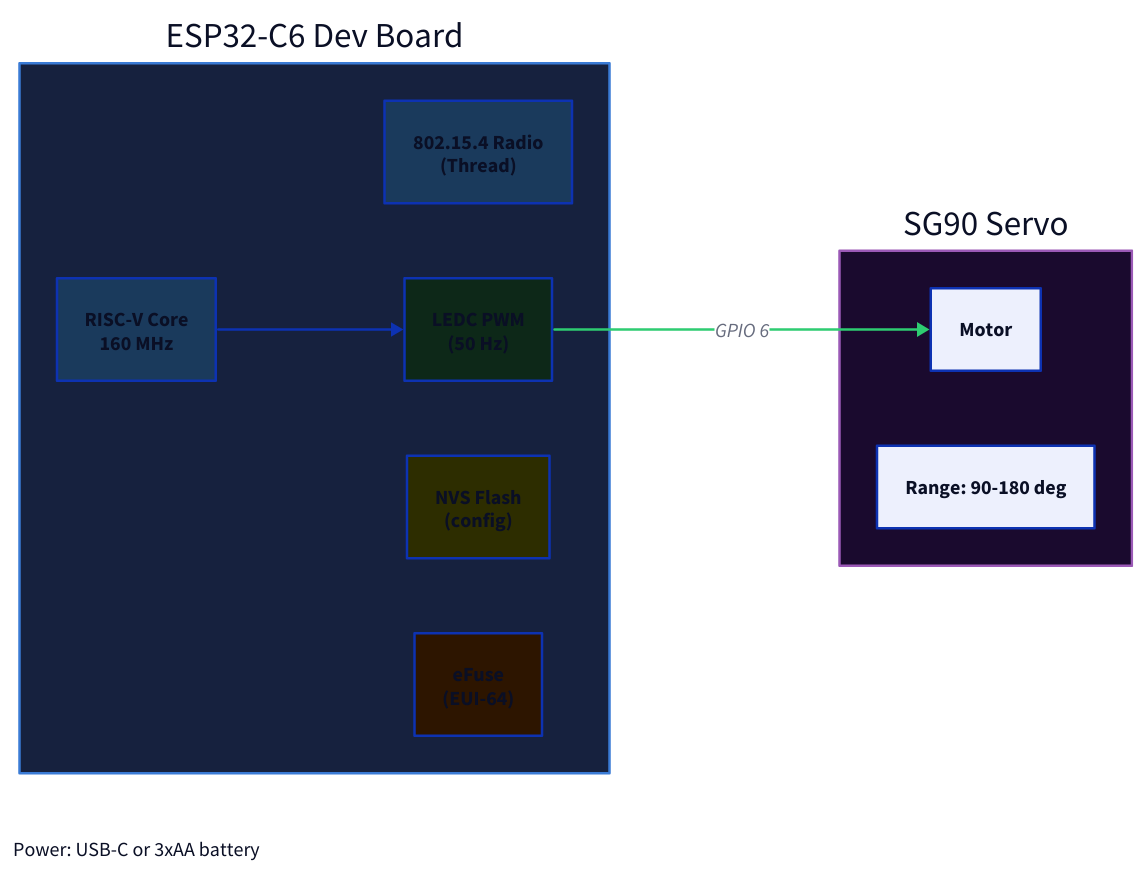
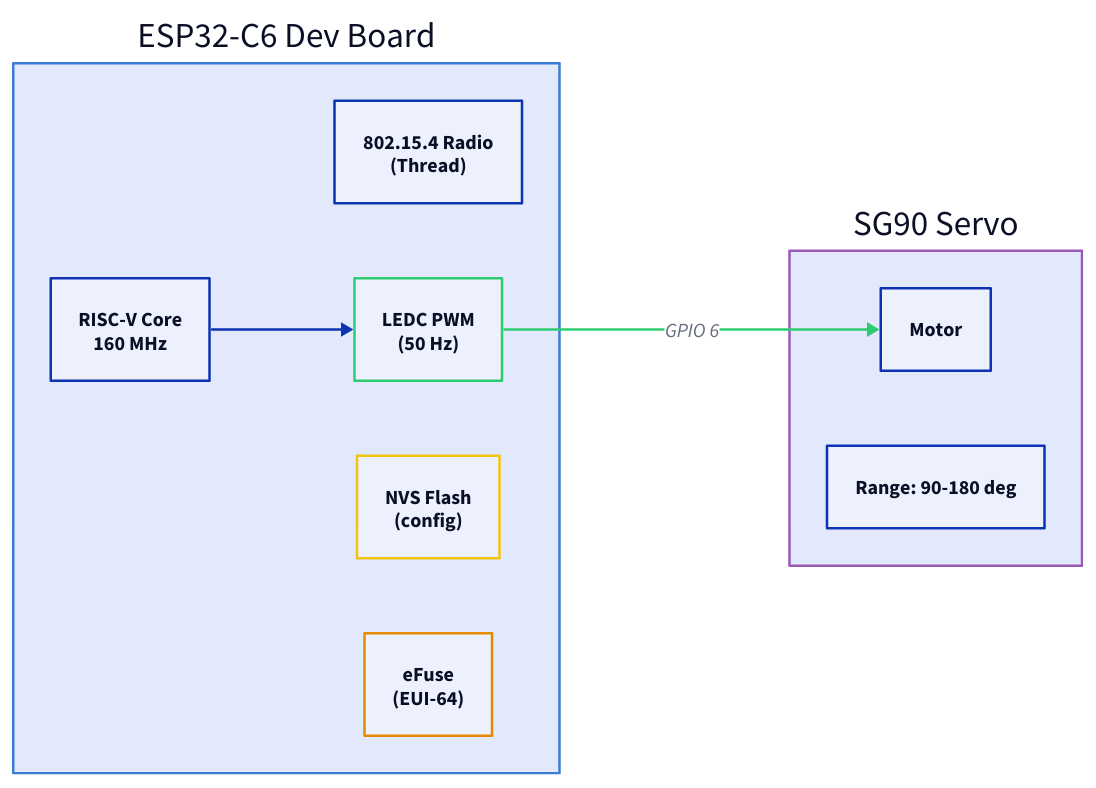
Before and after one commit to EtaCassiopeia/smart-vent: the diagram in docs/diagrams/vent-node.d2, drawn with D2. The commit also changed 17 other files, not shown here.

First line of the commit message:
Fix text readability in D2 diagrams

```diff
--- a/docs/diagrams/vent-node.d2
+++ b/docs/diagrams/vent-node.d2
@@ -1,43 +1,31 @@
 direction: right
 
 esp32: ESP32-C6 Dev Board {
-  style.fill: "#16213e"
   style.stroke: "#3a7bd5"
 
-  cpu: RISC-V Core\n160 MHz {
-    style.fill: "#1a3a5c"
-  }
-  radio: 802.15.4 Radio\n(Thread) {
-    style.fill: "#1a3a5c"
-  }
+  cpu: RISC-V Core\n160 MHz
+  radio: 802.15.4 Radio\n(Thread)
   ledc: LEDC PWM\n(50 Hz) {
-    style.fill: "#0d2818"
+    style.stroke: "#2ecc71"
   }
   nvs: NVS Flash\n(config) {
-    style.fill: "#2d2d00"
+    style.stroke: "#f1c40f"
   }
   efuse: eFuse\n(EUI-64) {
-    style.fill: "#2d1500"
+    style.stroke: "#e68a00"
   }
 
   cpu -> ledc
 }
 
 servo: SG90 Servo {
-  style.fill: "#1a0a2e"
   style.stroke: "#9b59b6"
 
   motor: Motor
   range: "Range: 90-180 deg"
 }
 
 esp32.ledc -> servo.motor: GPIO 6 {
   style.stroke: "#2ecc71"
   style.stroke-width: 2
 }
-
-power: "Power: USB-C or 3xAA battery" {
-  style.fill: "#2d1b00"
-  style.stroke: "#e68a00"
-  shape: text
-}
```
